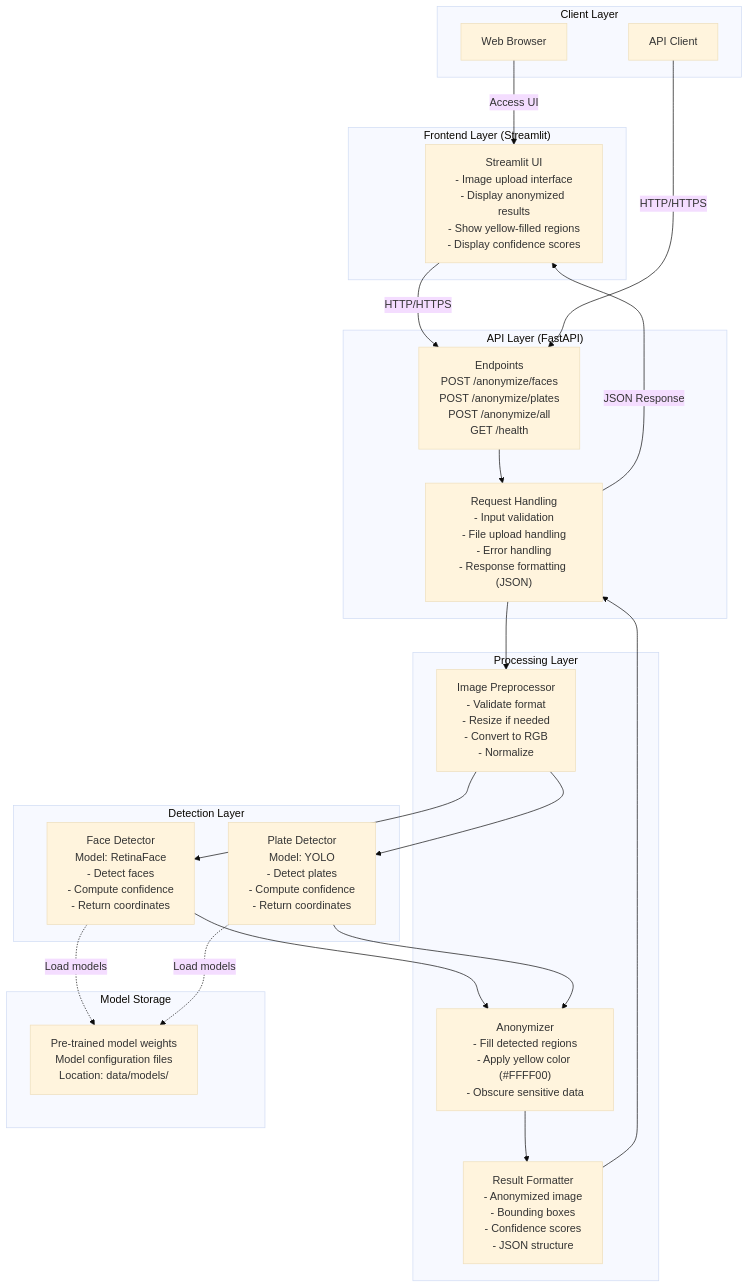
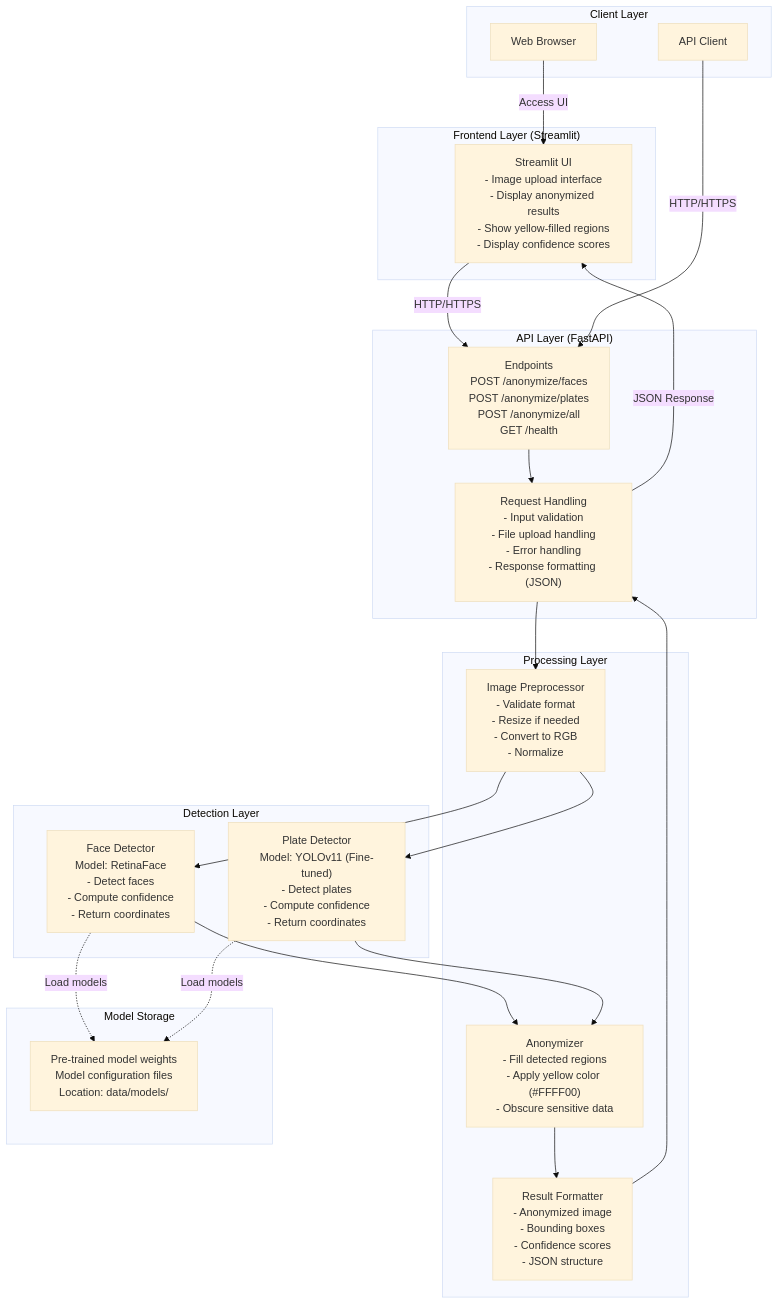
One commit to FidFenix/htw-emerging-photo changed the first of 3 diagrams in docs/ARCHITECTURE.md. Above: the diagram before and after it, drawn with Mermaid (base theme). The commit also changed other lines of this file and 37 other files, not shown here.

````diff
--- a/docs/ARCHITECTURE.md
+++ b/docs/ARCHITECTURE.md
@@ -19,46 +19,46 @@
 ```mermaid
 graph TB
     subgraph Client["Client Layer"]
         Browser[Web Browser]
         APIClient[API Client]
     end
 
     subgraph Frontend["Frontend Layer (Streamlit)"]
         UI["Streamlit UI<br/>- Image upload interface<br/>- Display anonymized results<br/>- Show yellow-filled regions<br/>- Display confidence scores"]
     end
 
     subgraph API["API Layer (FastAPI)"]
         Endpoints["Endpoints<br/>POST /anonymize/faces<br/>POST /anonymize/plates<br/>POST /anonymize/all<br/>GET /health"]
         RequestHandling["Request Handling<br/>- Input validation<br/>- File upload handling<br/>- Error handling<br/>- Response formatting (JSON)"]
     end
 
     subgraph Processing["Processing Layer"]
         Preprocessor["Image Preprocessor<br/>- Validate format<br/>- Resize if needed<br/>- Convert to RGB<br/>- Normalize"]
         Anonymizer["Anonymizer<br/>- Fill detected regions<br/>- Apply yellow color (#FFFF00)<br/>- Obscure sensitive data"]
         Formatter["Result Formatter<br/>- Anonymized image<br/>- Bounding boxes<br/>- Confidence scores<br/>- JSON structure"]
     end
 
     subgraph Detection["Detection Layer"]
         FaceDetector["Face Detector<br/>Model: RetinaFace<br/>- Detect faces<br/>- Compute confidence<br/>- Return coordinates"]
-        PlateDetector["Plate Detector<br/>Model: YOLO<br/>- Detect plates<br/>- Compute confidence<br/>- Return coordinates"]
+        PlateDetector["Plate Detector<br/>Model: YOLOv11 (Fine-tuned)<br/>- Detect plates<br/>- Compute confidence<br/>- Return coordinates"]
     end
 
     subgraph Storage["Model Storage"]
         Models["Pre-trained model weights<br/>Model configuration files<br/>Location: data/models/"]
     end
 
     Browser -->|Access UI| UI
     UI -->|HTTP/HTTPS| Endpoints
     APIClient -->|HTTP/HTTPS| Endpoints
     Endpoints --> RequestHandling
     RequestHandling --> Preprocessor
     Preprocessor --> FaceDetector
     Preprocessor --> PlateDetector
     FaceDetector --> Anonymizer
     PlateDetector --> Anonymizer
     Anonymizer --> Formatter
     Formatter --> RequestHandling
     RequestHandling -->|JSON Response| UI
     FaceDetector -.->|Load models| Models
     PlateDetector -.->|Load models| Models
 ```
````
